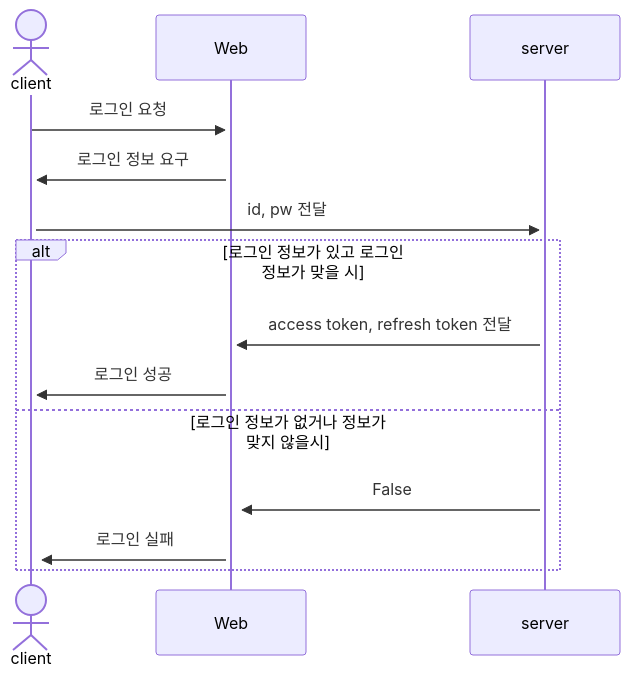
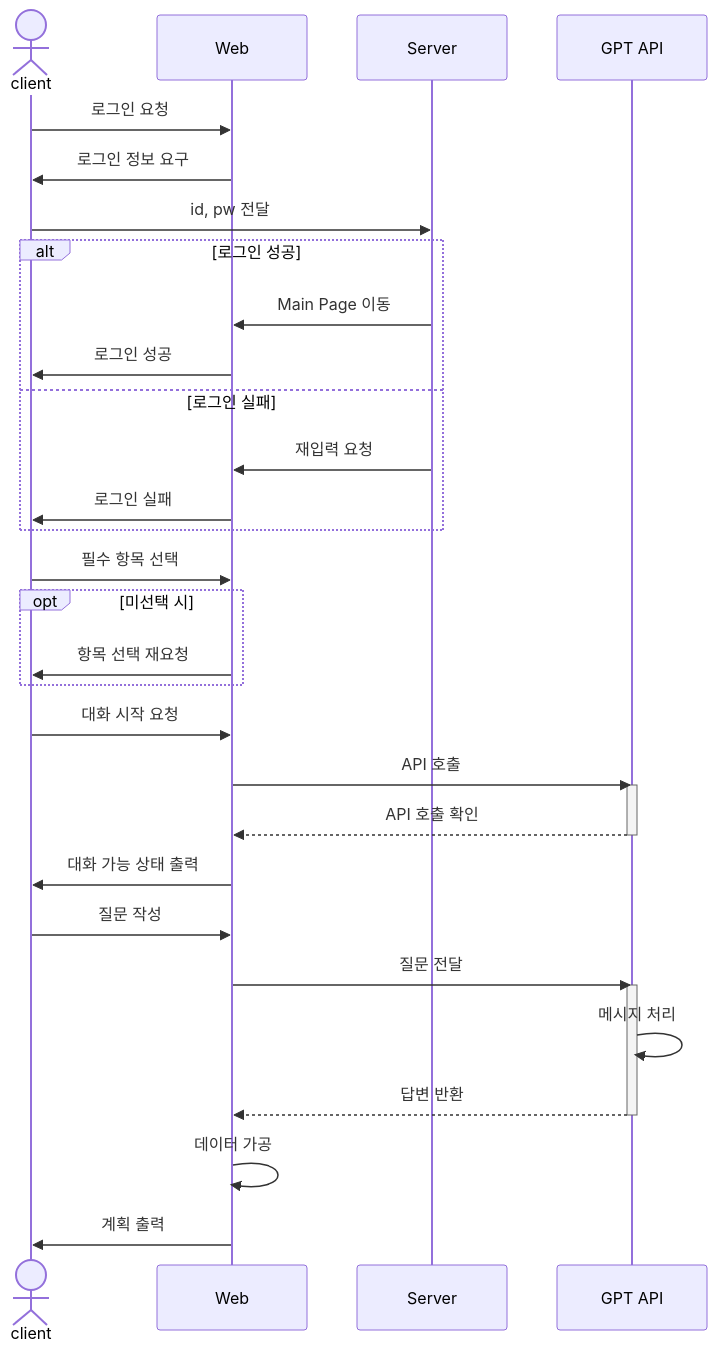
One commit to Um-king/chatGPT-Web-Project changed the first of 7 diagrams in README.md. Above: the diagram before and after it, drawn with Mermaid. The commit also changed other lines of this file, not shown here.

Commit message:
Update README.md
README 작성 중

````diff
--- a/README.md
+++ b/README.md
@@ -36,16 +31,36 @@
 ```mermaid
     sequenceDiagram
     actor A as client
     participant B as Web
-    participant C as server
-    A->>+B: 로그인 요청
-    B->>+A: 로그인 정보 요구
-    A->>+C: id, pw 전달
-    alt 로그인 정보가 있고 로그인 정보가 맞을 시
-    C->>+B: access token, refresh token 전달
-    B->>+A: 로그인 성공
-    else 로그인 정보가 없거나 정보가 맞지 않을시
-    C->>+B: False
-    B->>+A: 로그인 실패
+    participant C as Server
+    participant D as GPT API
+
+    A->>B: 로그인 요청
+    B->>A: 로그인 정보 요구
+    A->>C: id, pw 전달
+    alt 로그인 성공
+        C->>B: Main Page 이동
+        B->>A: 로그인 성공
+    else 로그인 실패
+        C->>B: 재입력 요청
+        B->>A: 로그인 실패
     end
+    A->>B: 필수 항목 선택
+    opt 미선택 시
+        B->>A: 항목 선택 재요청
+    end
+    A->>B: 대화 시작 요청
+    B->>D: API 호출
+    activate D
+    D-->>B: API 호출 확인
+    deactivate D
+    B->>A: 대화 가능 상태 출력
+    A->>B: 질문 작성
+    B->>D: 질문 전달
+    activate D
+    D->>D: 메시지 처리
+    D-->>B: 답변 반환
+    deactivate D
+    B->>B: 데이터 가공
+    B->>A: 계획 출력
 ```
````
